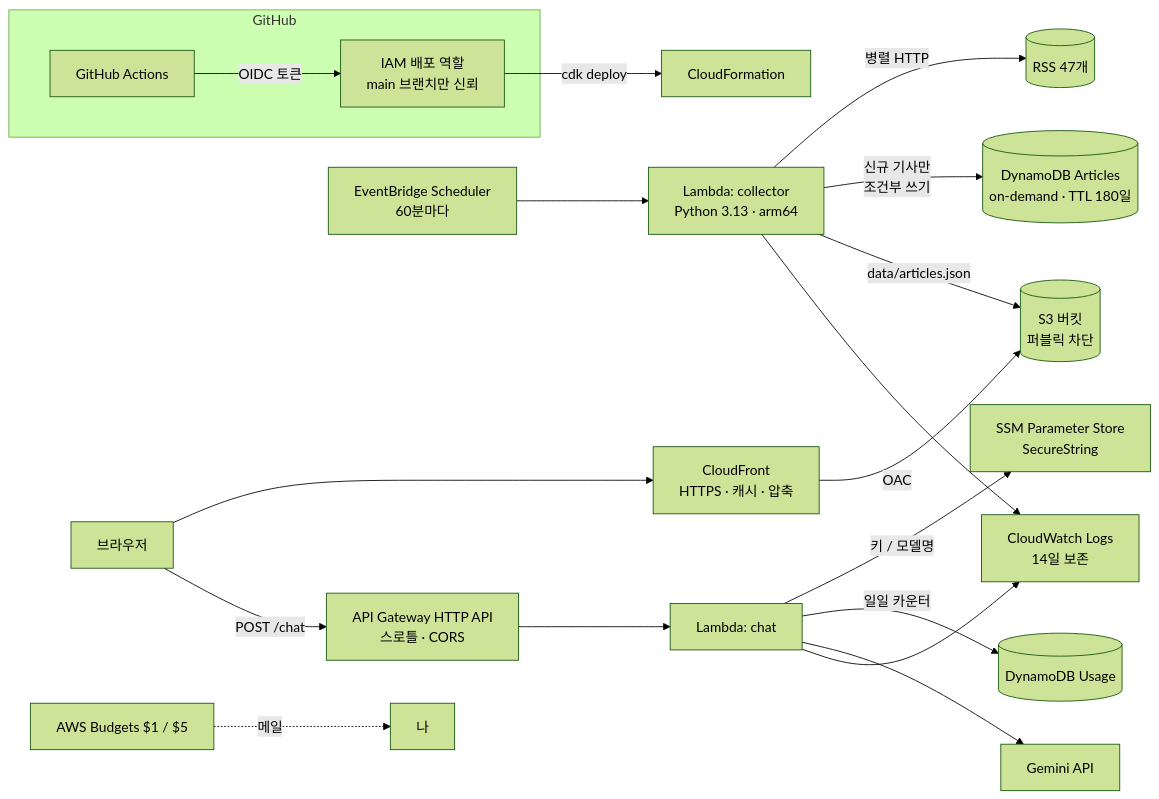
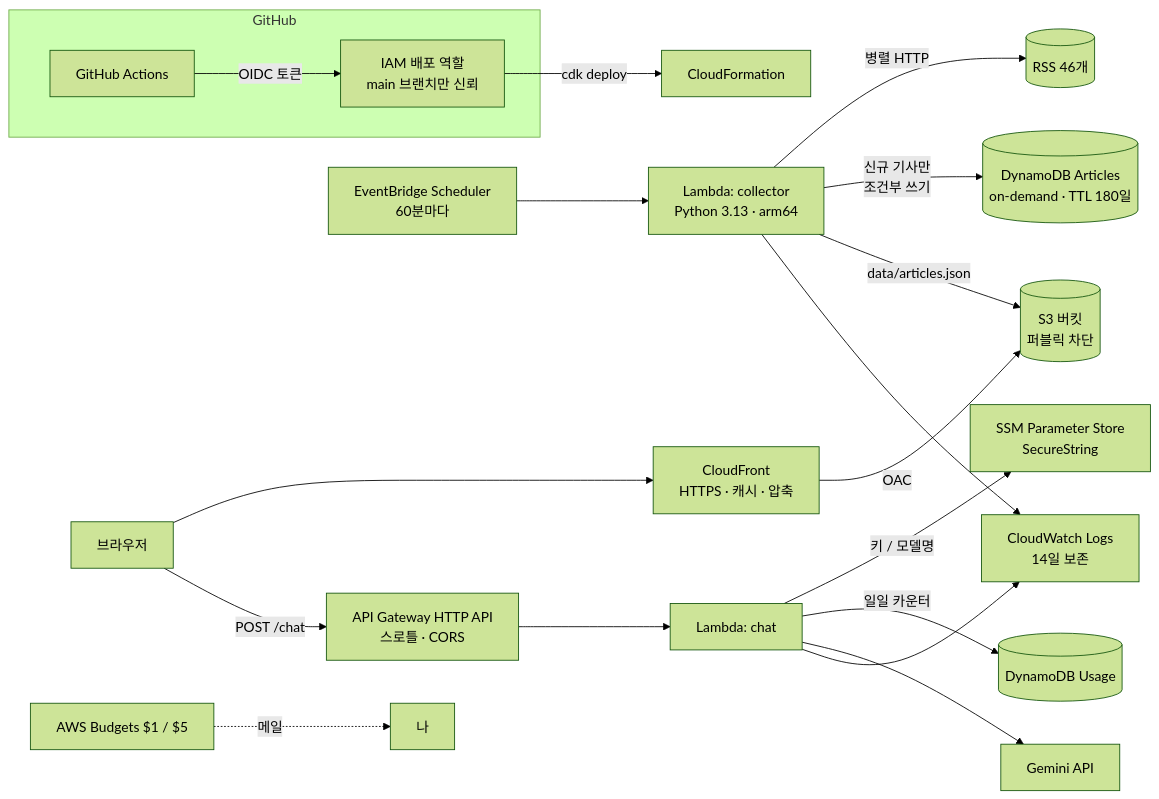
The diagram in README.md (sujin-1015/ai-news-dashboard), drawn with Mermaid (forest theme) before and after one commit. The commit also changed other lines of this file and 1 other file, not shown here.

Commit message:
chore(feeds): 수집 서버 요청을 막는 헤럴드경제(IT) 피드 제외
배포 후 수집 Lambda(AWS)에서 RSS 요청 시 HTTP 403. RSS 46개로.

````diff
--- a/README.md
+++ b/README.md
@@ -17,23 +17,23 @@
 ```mermaid
 flowchart LR
   subgraph GitHub
     GA[GitHub Actions] -- OIDC 토큰 --> ROLE[IAM 배포 역할<br/>main 브랜치만 신뢰]
   end
   ROLE -- cdk deploy --> CFN[CloudFormation]
 
   SCH[EventBridge Scheduler<br/>60분마다] --> COL[Lambda: collector<br/>Python 3.13 · arm64]
-  COL -- 병렬 HTTP --> RSS[(RSS 47개)]
+  COL -- 병렬 HTTP --> RSS[(RSS 46개)]
   COL -- 신규 기사만<br/>조건부 쓰기 --> DDB[(DynamoDB Articles<br/>on-demand · TTL 180일)]
   COL -- data/articles.json --> S3[(S3 버킷<br/>퍼블릭 차단)]
 
   U[브라우저] --> CF[CloudFront<br/>HTTPS · 캐시 · 압축]
   CF -- OAC --> S3
   U -- POST /chat --> API[API Gateway HTTP API<br/>스로틀 · CORS]
   API --> CHAT[Lambda: chat]
   CHAT -- 키 / 모델명 --> SSM[SSM Parameter Store<br/>SecureString]
   CHAT -- 일일 카운터 --> USAGE[(DynamoDB Usage)]
   CHAT --> GEM[Gemini API]
 
   COL & CHAT --> CW[CloudWatch Logs<br/>14일 보존]
   BUD[AWS Budgets $1 / $5] -. 메일 .-> ME[나]
 ```
````
